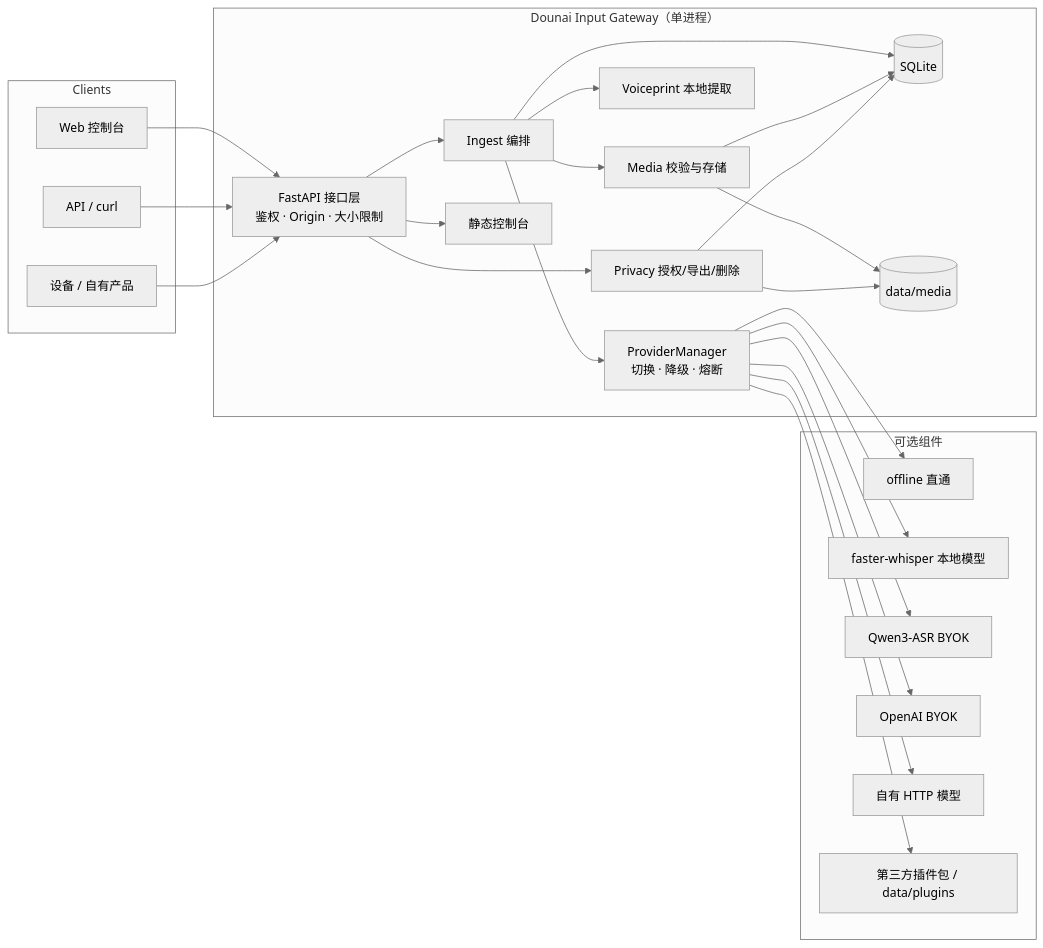
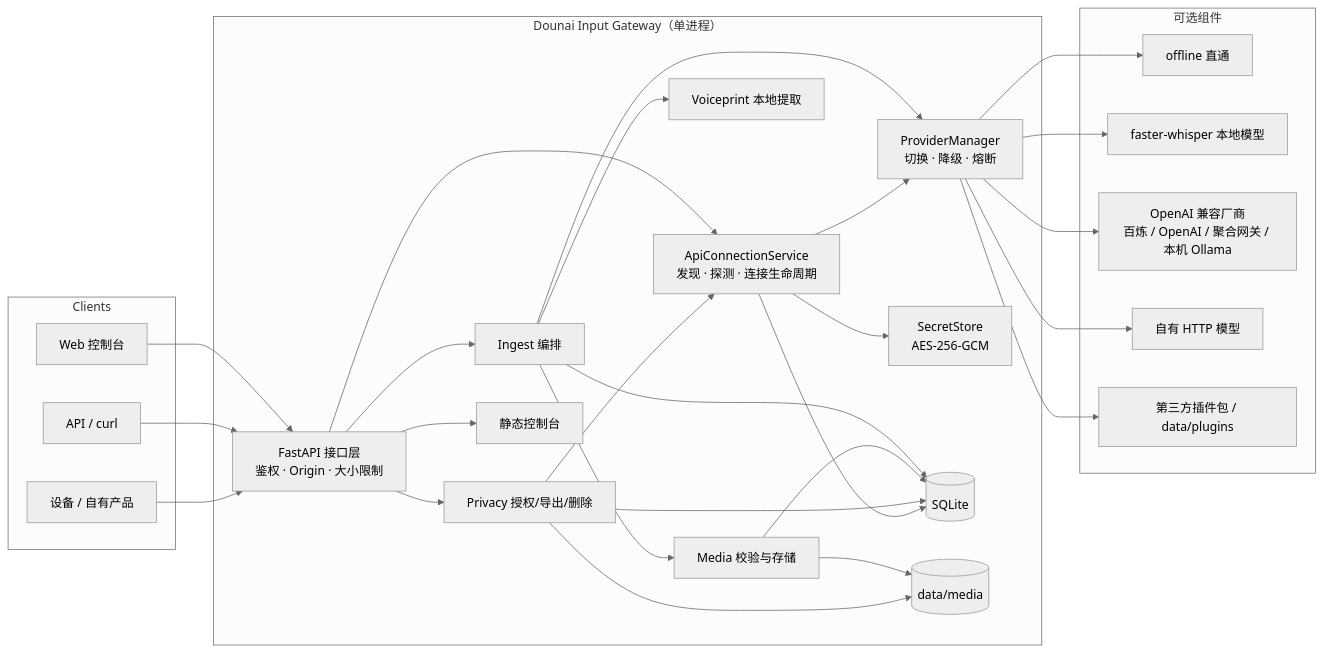
Before and after one commit to zhipianxiaokonglong/Dounai_input: the first of 3 diagrams in docs/architecture.md, drawn with Mermaid (neutral theme). The commit also changed other lines of this file and 33 other files, not shown here.

First line of the commit message:
feat(api): add runtime OpenAI-compatible vendor connections

````diff
--- a/docs/architecture.md
+++ b/docs/architecture.md
@@ -23,50 +28,55 @@
 ```mermaid
 flowchart LR
     subgraph Clients
       W[Web 控制台]
       C[API / curl]
       D[设备 / 自有产品]
     end
 
     subgraph Gateway["Dounai Input Gateway（单进程）"]
       API[FastAPI 接口层<br/>鉴权 · Origin · 大小限制]
       ING[Ingest 编排]
       MED[Media 校验与存储]
       VP[Voiceprint 本地提取]
       PM[ProviderManager<br/>切换 · 降级 · 熔断]
+      AC[ApiConnectionService<br/>发现 · 探测 · 连接生命周期]
+      SEC[SecretStore<br/>AES-256-GCM]
       PRIV[Privacy 授权/导出/删除]
       DB[(SQLite)]
       FS[(data/media)]
       WEB[静态控制台]
     end
 
     subgraph Optional["可选组件"]
       OLL[offline 直通]
       LW[faster-whisper 本地模型]
-      DS[Qwen3-ASR BYOK]
-      OA[OpenAI BYOK]
+      V[OpenAI 兼容厂商<br/>百炼 / OpenAI / 聚合网关 / 本机 Ollama]
       CH[自有 HTTP 模型]
       PL[第三方插件包 / data/plugins]
     end
 
     W --> API
     C --> API
     D --> API
     API --> WEB
     API --> ING
+    API --> AC
     API --> PRIV
     ING --> MED
     ING --> PM
     ING --> VP
     ING --> DB
     MED --> FS
     MED --> DB
     PRIV --> DB
     PRIV --> FS
+    PRIV --> AC
+    AC --> DB
+    AC --> SEC
+    AC --> PM
     PM --> OLL
     PM --> LW
-    PM --> DS
-    PM --> OA
+    PM --> V
     PM --> CH
     PM --> PL
 ```
````
